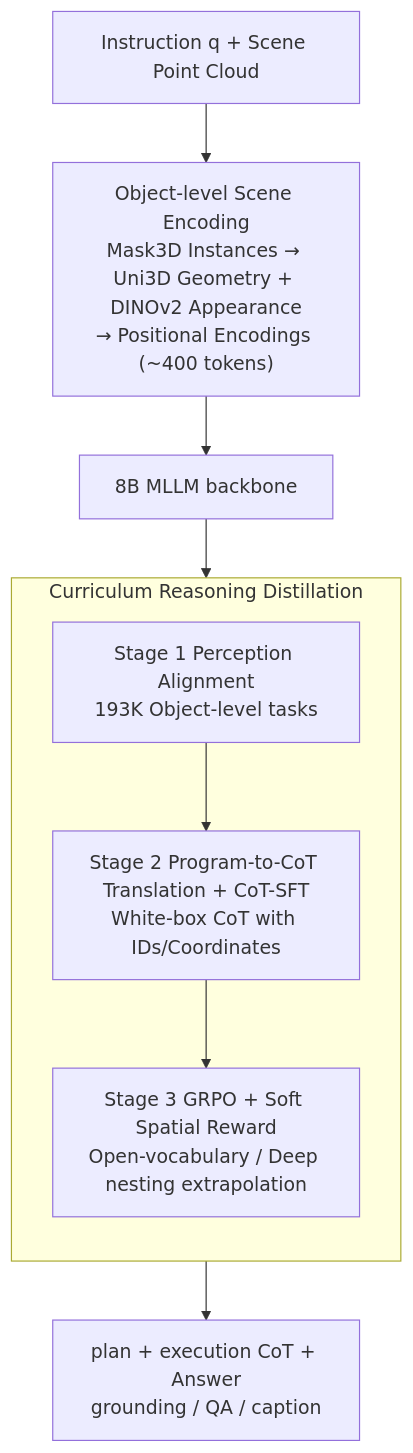
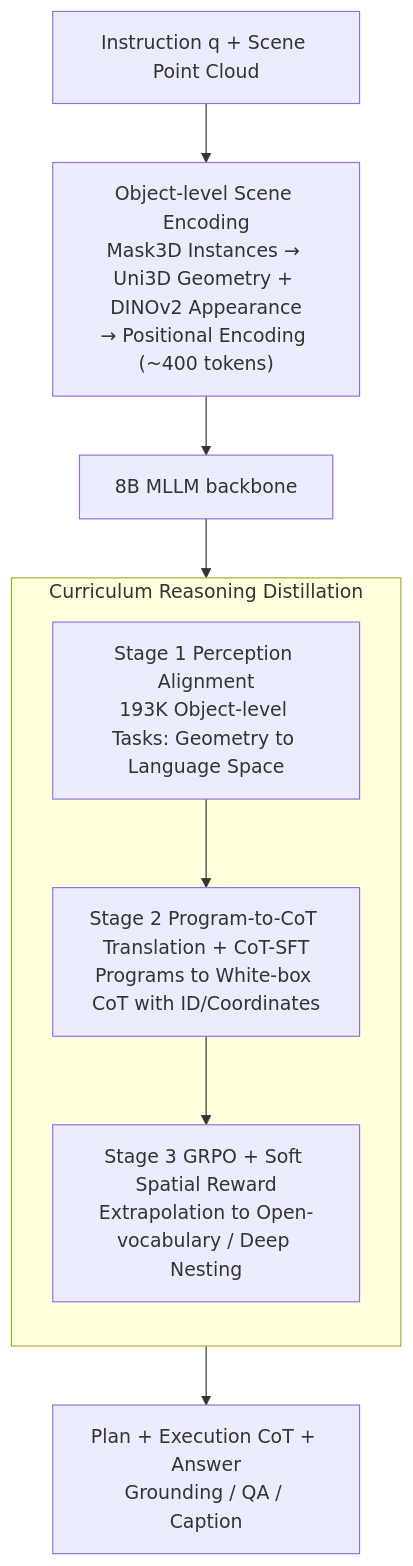
One commit to zhaoyang97/Paper-Notes-en changed the diagram in docs/ICML2026/3d_vision/distilling_neuro-symbolic_programs_into_3d_multi-modal_llms.md. Above: the diagram before and after it, drawn with Mermaid. The commit also changed other lines of this file and 5084 other files, not shown here.

````diff
--- a/docs/ICML2026/3d_vision/distilling_neuro-symbolic_programs_into_3d_multi-modal_llms.md
+++ b/docs/ICML2026/3d_vision/distilling_neuro-symbolic_programs_into_3d_multi-modal_llms.md
@@ -46,14 +46,14 @@
 ```mermaid
 graph TD
-    Q["Instruction q + Scene Point Cloud"] --> ENC["Object-level Scene Encoding<br/>Mask3D Instances → Uni3D Geometry + DINOv2 Appearance<br/>→ Positional Encodings (~400 tokens)"]
+    Q["Instruction q + Scene Point Cloud"] --> ENC["Object-level Scene Encoding<br/>Mask3D Instances → Uni3D Geometry + DINOv2 Appearance<br/>→ Positional Encoding (~400 tokens)"]
     ENC --> LLM["8B MLLM backbone"]
     subgraph CUR["Curriculum Reasoning Distillation"]
         direction TB
-        S1["Stage 1 Perception Alignment<br/>193K Object-level tasks"]
-        S2["Stage 2 Program-to-CoT Translation + CoT-SFT<br/>White-box CoT with IDs/Coordinates"]
-        S3["Stage 3 GRPO + Soft Spatial Reward<br/>Open-vocabulary / Deep nesting extrapolation"]
+        S1["Stage 1 Perception Alignment<br/>193K Object-level Tasks: Geometry to Language Space"]
+        S2["Stage 2 Program-to-CoT Translation + CoT-SFT<br/>Programs to White-box CoT with ID/Coordinates"]
+        S3["Stage 3 GRPO + Soft Spatial Reward<br/>Extrapolation to Open-vocabulary / Deep Nesting"]
         S1 --> S2 --> S3
     end
     LLM --> CUR
-    CUR --> OUT["plan + execution CoT + Answer<br/>grounding / QA / caption"]
+    CUR --> OUT["Plan + Execution CoT + Answer<br/>Grounding / QA / Caption"]
 ```
````
